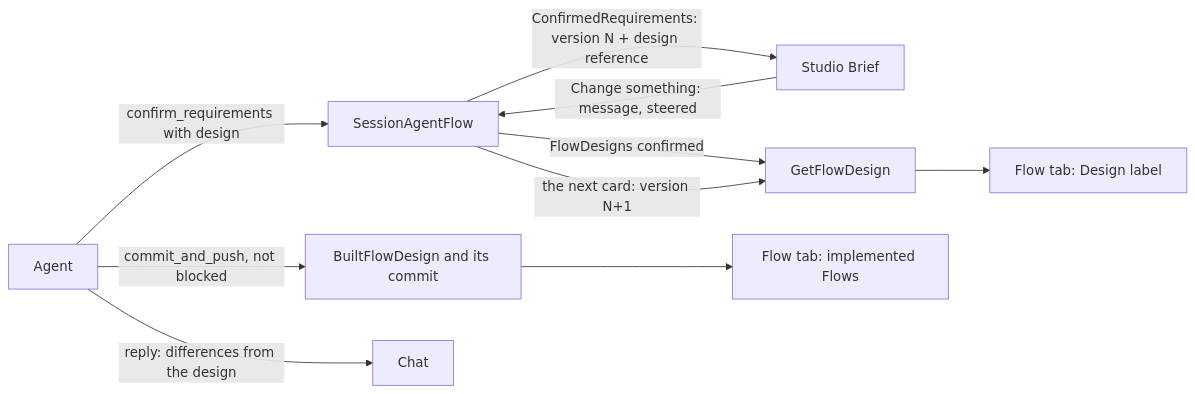
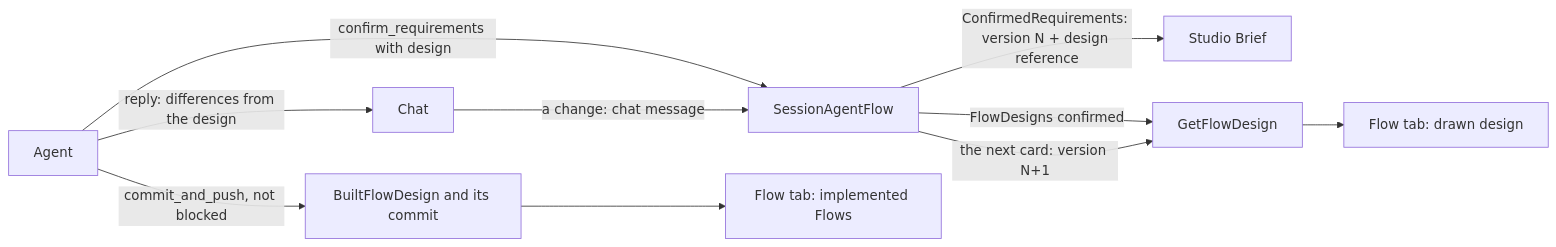
Before and after one commit to superdurable/superverse: the diagram in docs/architecture/design-first/README.md, drawn with Mermaid. The commit also changed other lines of this file and 42 other files, not shown here.

First line of the commit message:
FLOWTAB: The canvas leads the Flow tab, and the Brief becomes a transient summary line

````diff
--- a/docs/architecture/design-first/README.md
+++ b/docs/architecture/design-first/README.md
@@ -25,12 +25,12 @@
 ```mermaid
 flowchart LR
   agent[Agent] -->|confirm_requirements with design| session[SessionAgentFlow]
   session -->|ConfirmedRequirements: version N + design reference| studio[Studio Brief]
   session -->|FlowDesigns confirmed| read[GetFlowDesign]
-  read --> canvas[Flow tab: Design label]
-  studio -->|Change something: message, steered| session
+  read --> canvas[Flow tab: drawn design]
+  chat[Chat] -->|a change: chat message| session
   session -->|the next card: version N+1| read
   agent -->|commit_and_push, not blocked| built[BuiltFlowDesign and its commit]
   built --> implemented[Flow tab: implemented Flows]
   agent -->|reply: differences from the design| chat[Chat]
 ```
````
